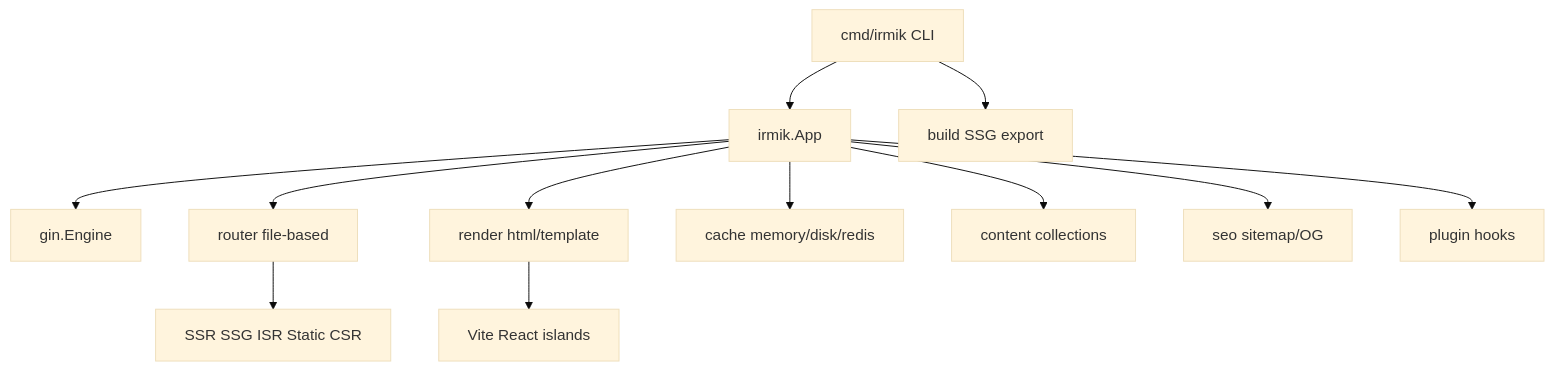
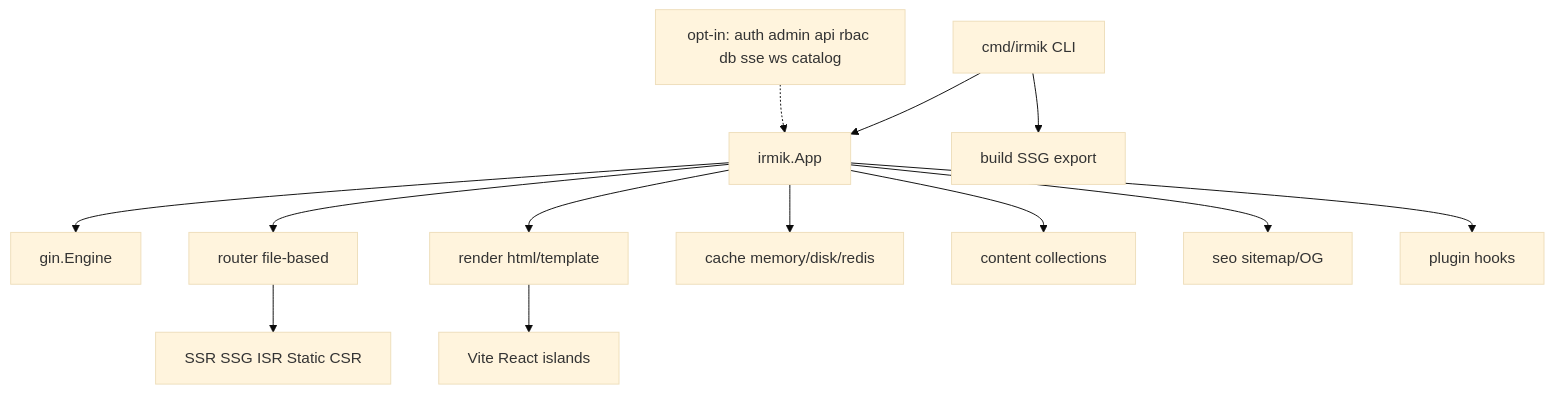
Before and after one commit to boracomet/go-irmik: the diagram in README.md, drawn with Mermaid (base theme). The commit also changed other lines of this file and 12 other files, not shown here.

````diff
--- a/README.md
+++ b/README.md
@@ -226,14 +251,15 @@
 ```mermaid
 flowchart TB
   CLI["cmd/irmik CLI"] --> App["irmik.App"]
   App --> Gin["gin.Engine"]
   App --> Router["router file-based"]
   App --> Render["render html/template"]
   App --> Cache["cache memory/disk/redis"]
   App --> Content["content collections"]
   App --> SEO["seo sitemap/OG"]
   App --> Plugins["plugin hooks"]
   Router --> Modes["SSR SSG ISR Static CSR"]
   Render --> Islands["Vite React islands"]
+  OptIn["opt-in: auth admin api rbac db sse ws catalog"] -.-> App
   CLI --> Build["build SSG export"]
 ```
````
